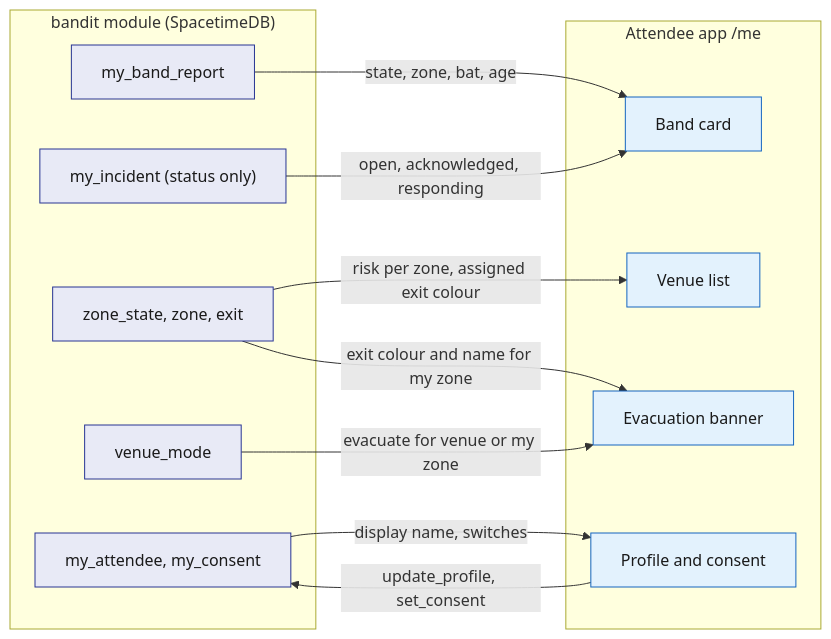
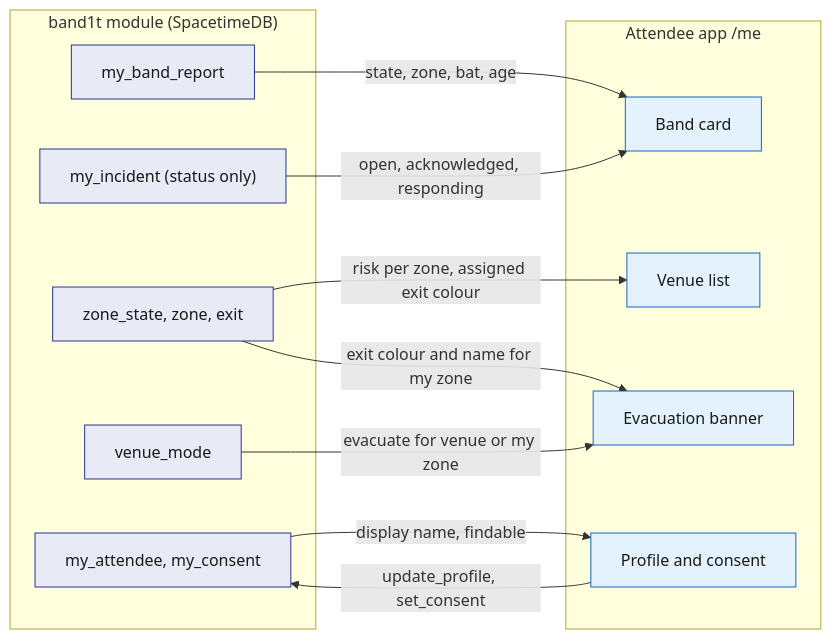
One commit to viktorinkov/cal-hacks-13 changed the third of 4 diagrams in System Design/5-apps/Attendee-App.md. Above: the diagram before and after it, drawn with Mermaid. The commit also changed other lines of this file and 21 other files, not shown here.

````diff
--- a/System Design/5-apps/Attendee-App.md
+++ b/System Design/5-apps/Attendee-App.md
@@ -193,27 +197,27 @@
 ```mermaid
 flowchart LR
-    subgraph M["bandit module (SpacetimeDB)"]
+    subgraph M["band1t module (SpacetimeDB)"]
         BR["my_band_report"]
         ZS["zone_state, zone, exit"]
         VM["venue_mode"]
         INC["my_incident (status only)"]
         CONS["my_attendee, my_consent"]
     end
     subgraph A["Attendee app /me"]
         Card["Band card"]
         Venue["Venue list"]
         Alert["Evacuation banner"]
         Prof["Profile and consent"]
     end
     BR -->|"state, zone, bat, age"| Card
     INC -->|"open, acknowledged, responding"| Card
     ZS -->|"risk per zone, assigned exit colour"| Venue
     ZS -->|"exit colour and name for my zone"| Alert
     VM -->|"evacuate for venue or my zone"| Alert
-    CONS -->|"display name, switches"| Prof
+    CONS -->|"display name, findable"| Prof
     Prof -->|"update_profile, set_consent"| CONS
     classDef stdb fill:#E8EAF6,stroke:#283593,color:#1A1A1A
     classDef web fill:#E3F2FD,stroke:#1565C0,color:#1A1A1A
     class BR,ZS,VM,INC,CONS stdb
     class Card,Venue,Alert,Prof web
 ```
````
